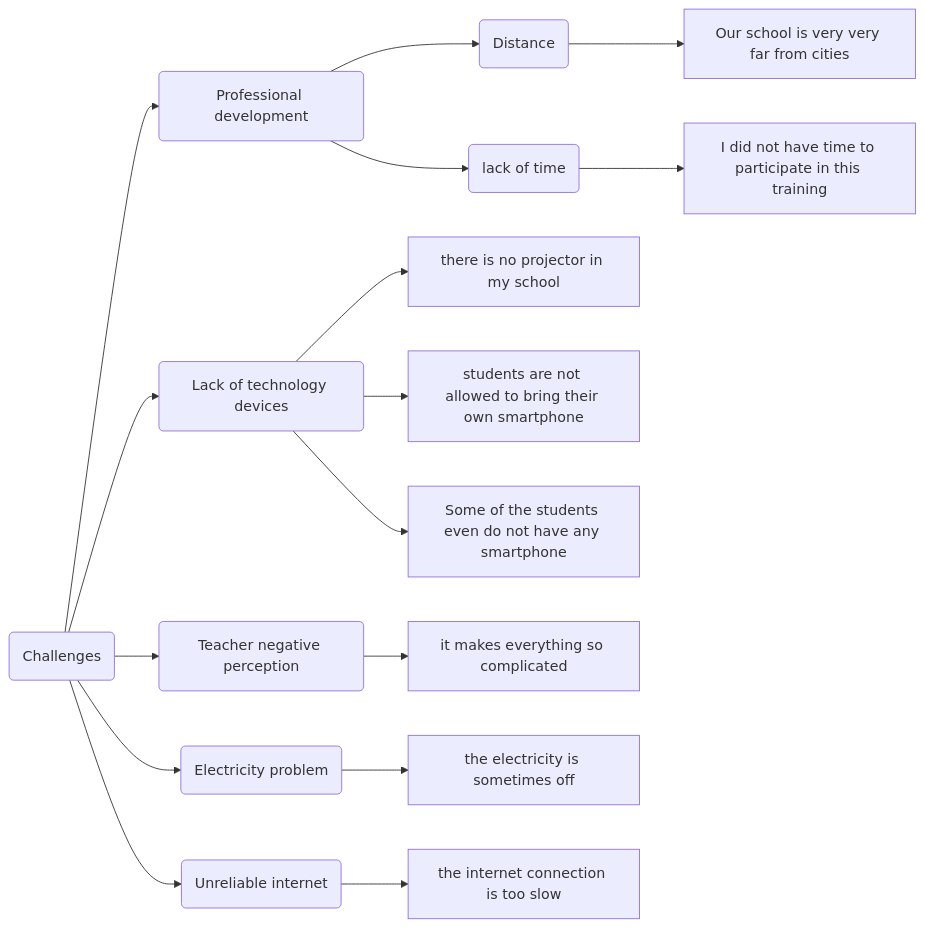
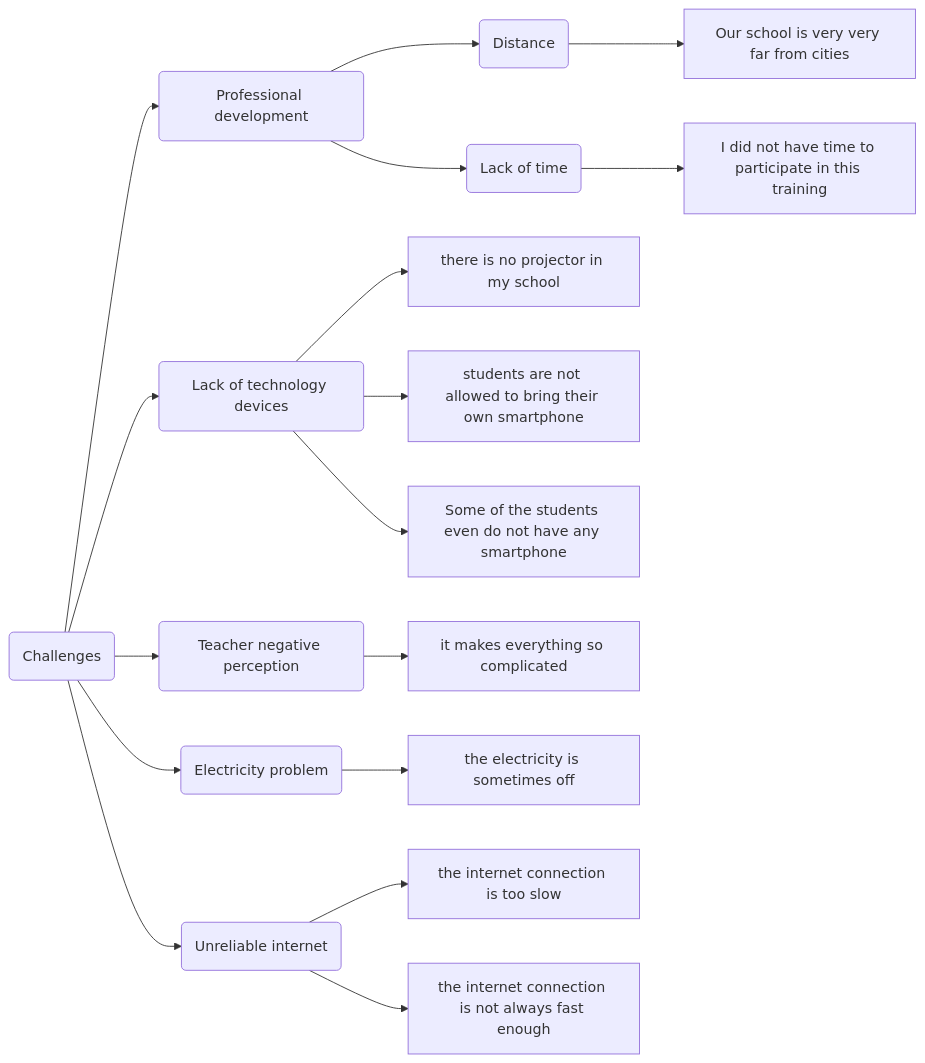
One commit to faisalmustafa/SLR changed the second of 2 diagrams in intro_coding.qmd. Above: the diagram before and after it, drawn with Mermaid. The commit also changed other lines of this file and 6 other files, not shown here.

````diff
--- a/intro_coding.qmd
+++ b/intro_coding.qmd
@@ -30,20 +30,21 @@
 ```{mermaid}
 flowchart LR
   A(Challenges)
   A --> B(Professional development)
   B --> C(Distance)
   C --> D["Our school is very very far from cities"]
-  B --> E(lack of time)
+  B --> E(Lack of time)
   E --> F["I did not have time to participate in this training"]
   A --> G("Lack of technology devices")
   G --> H["there is no projector in my school"]
   G --> I["students are not allowed to bring their own smartphone"]
   G --> J["Some of the students even do not have any smartphone"]
   A --> K(Teacher negative perception)
   K --> L["it makes everything so complicated"]
   A --> M(Electricity problem)
   M --> N["the electricity is sometimes off"]
   A --> O(Unreliable internet)
   O --> P["the internet connection is too slow"]
+  O --> Q["the internet connection is not always fast enough"]
   
 ```
````
